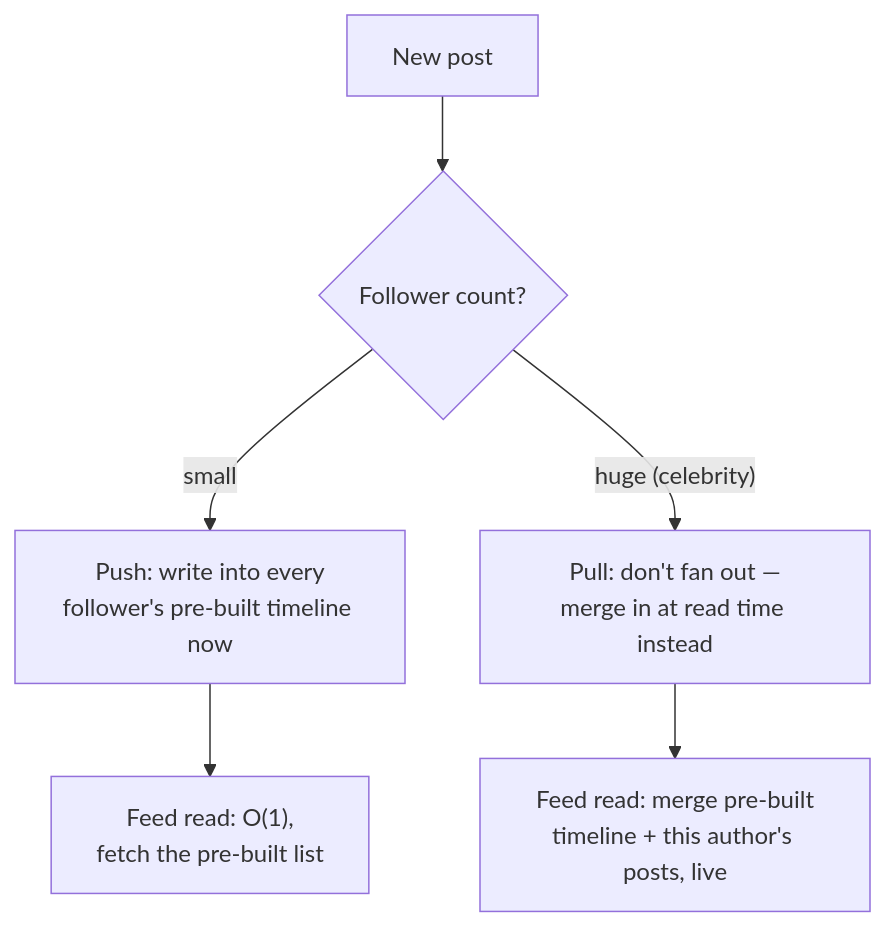
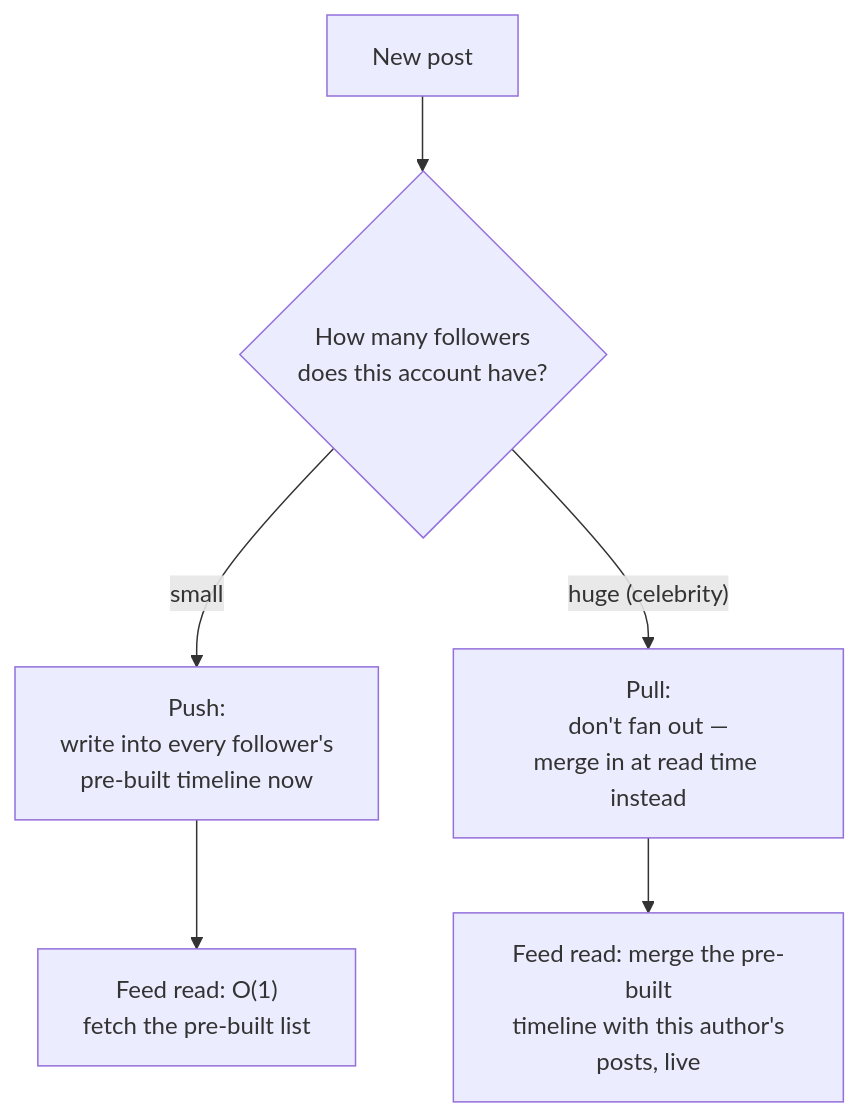
Before and after one commit to riyaz-pasha/Learnings: the sixth of 13 diagrams in system-design/HLD/0-course/33-Design-Instagram-FAANG-Guide-story.md, drawn with Mermaid. The commit also changed other lines of this file and 5 other files, not shown here.

Commit message:
[REWRITE] Design Newsfeed story guide: simplify prose, add structure, fix diagrams

````diff
--- a/system-design/HLD/0-course/33-Design-Instagram-FAANG-Guide-story.md
+++ b/system-design/HLD/0-course/33-Design-Instagram-FAANG-Guide-story.md
@@ -159,8 +384,8 @@
 ```mermaid
 flowchart TD
-    Post["New post"] --> Check{"Follower count?"}
-    Check -- "small" --> Push["Push: write into every\nfollower's pre-built timeline now"]
-    Check -- "huge (celebrity)" --> Pull["Pull: don't fan out —\nmerge in at read time instead"]
-    Push --> Read1["Feed read: O(1),\nfetch the pre-built list"]
-    Pull --> Read2["Feed read: merge pre-built\ntimeline + this author's posts, live"]
+    Post["New post"] --> Check{"How many followers<br/>does this account have?"}
+    Check -->|"small"| Push["Push:<br/>write into every follower's<br/>pre-built timeline now"]
+    Check -->|"huge (celebrity)"| Pull["Pull:<br/>don't fan out —<br/>merge in at read time instead"]
+    Push --> Read1["Feed read: O(1)<br/>fetch the pre-built list"]
+    Pull --> Read2["Feed read: merge the pre-built<br/>timeline with this author's<br/>posts, live"]
 ```
````
